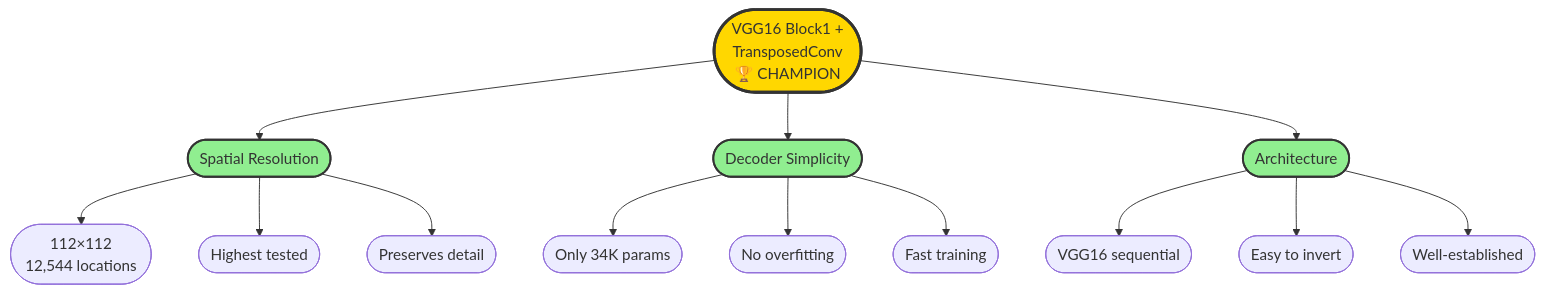
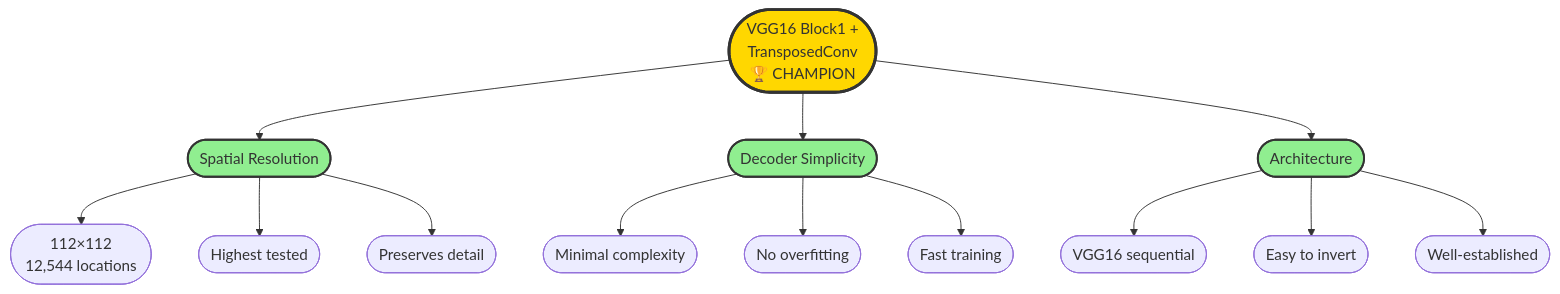
The eighth of 11 diagrams in EXPERIMENTAL_RESULTS_DISCUSSION.md (DanicaBlazanovic/CAP6415_F25_project_Input_Image_Reconstruction_from_Features), drawn with Mermaid before and after one commit. The commit also changed other lines of this file, not shown here.

````diff
--- a/EXPERIMENTAL_RESULTS_DISCUSSION.md
+++ b/EXPERIMENTAL_RESULTS_DISCUSSION.md
@@ -580,24 +547,24 @@
 ```mermaid
 graph TB
     Root([VGG16 Block1 +<br/>TransposedConv<br/>🏆 CHAMPION])
     
     Root --> A([Spatial Resolution])
     A --> A1([112×112<br/>12,544 locations])
     A --> A2([Highest tested])
     A --> A3([Preserves detail])
     
     Root --> B([Decoder Simplicity])
-    B --> B1([Only 34K params])
+    B --> B1([Minimal complexity])
     B --> B2([No overfitting])
     B --> B3([Fast training])
     
     Root --> C([Architecture])
     C --> C1([VGG16 sequential])
     C --> C2([Easy to invert])
     C --> C3([Well-established])
     
     style Root fill:#FFD700,stroke:#333,stroke-width:3px
     style A fill:#90EE90,stroke:#333,stroke-width:2px
     style B fill:#90EE90,stroke:#333,stroke-width:2px
     style C fill:#90EE90,stroke:#333,stroke-width:2px
 ```
````
